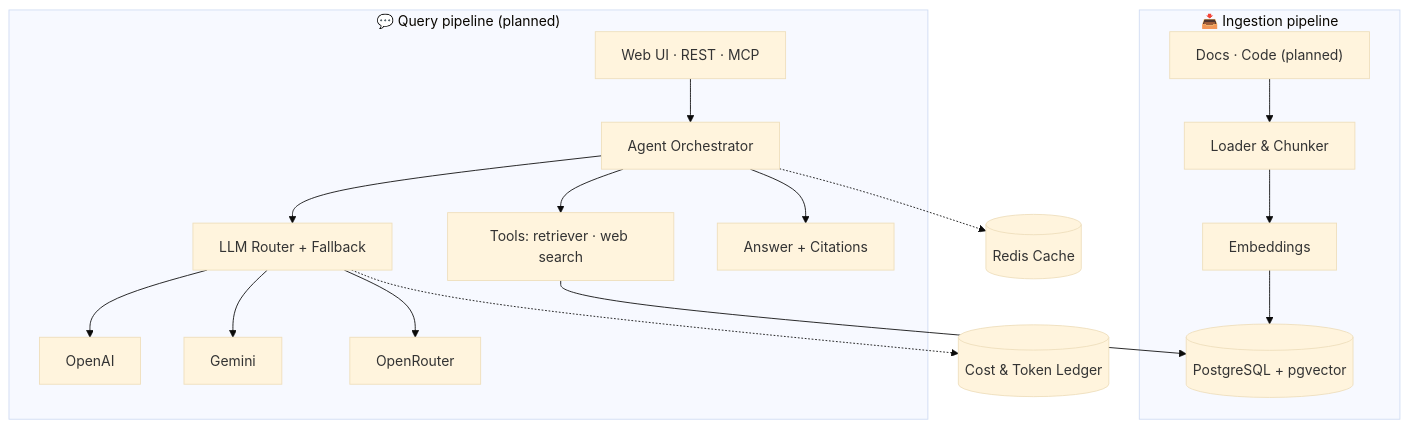
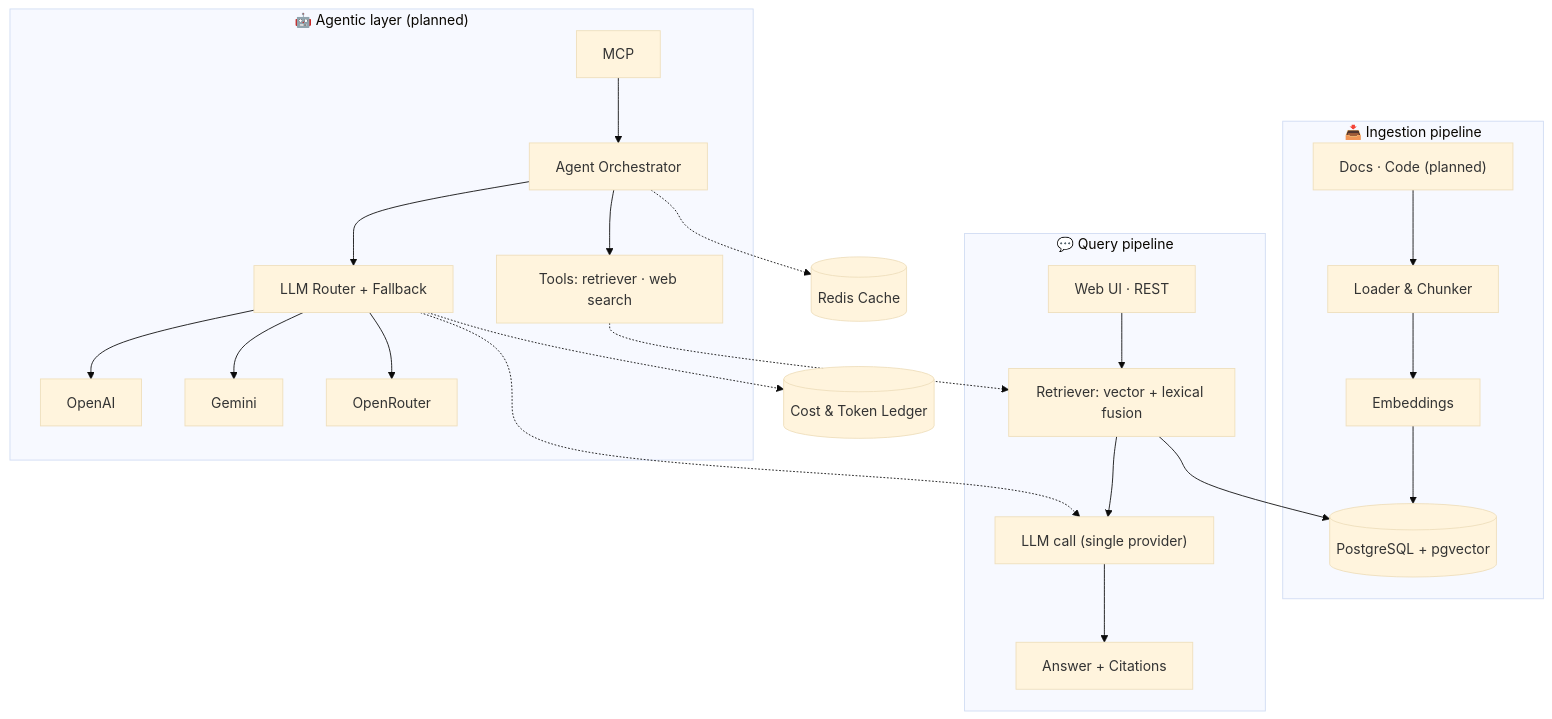
The diagram in README.md (athosmartinez/docent), drawn with Mermaid (base theme) before and after one commit. The commit also changed other lines of this file, not shown here.

Commit message:
docs: stop calling shipped M2 behaviour a target design
The README's banner and architecture section still described grounded,
cited answers as future work after M2 shipped them — the same honesty
rule that forbids documenting unbuilt behaviour as done also forbids
the reverse. Splits the query pipeline diagram into what POST /ask
does today versus the still-planned agentic layer (MCP, orchestrator,
multi-provider router, cost ledger, cache), and rewrites the banner
and the prose beneath the diagram to match.

Claude-Session: https://claude.ai/code/session_011FzXB3AsT5LEFnCygRRASb

````diff
--- a/README.md
+++ b/README.md
@@ -47,22 +47,29 @@
 ```mermaid
 flowchart TB
   subgraph Ingestion["📥 Ingestion pipeline"]
     SRC["Docs · Code (planned)"] --> CHUNK["Loader & Chunker"]
     CHUNK --> EMB["Embeddings"]
     EMB --> VEC[("PostgreSQL + pgvector")]
   end
 
-  subgraph Query["💬 Query pipeline (planned)"]
-    CL["Web UI · REST · MCP"] --> AGENT["Agent Orchestrator"]
+  subgraph Query["💬 Query pipeline"]
+    CL["Web UI · REST"] --> RET["Retriever: vector + lexical fusion"]
+    RET --> VEC
+    RET --> LLM["LLM call (single provider)"]
+    LLM --> ANS["Answer + Citations"]
+  end
+
+  subgraph Agentic["🤖 Agentic layer (planned)"]
+    MCP["MCP"] --> AGENT["Agent Orchestrator"]
     AGENT --> TOOLS["Tools: retriever · web search"]
-    TOOLS --> VEC
     AGENT --> ROUTER["LLM Router + Fallback"]
     ROUTER --> P1["OpenAI"]
     ROUTER --> P2["Gemini"]
     ROUTER --> P3["OpenRouter"]
-    AGENT --> ANS["Answer + Citations"]
   end
 
+  TOOLS -.-> RET
+  ROUTER -.-> LLM
   ROUTER -.-> COST[("Cost & Token Ledger")]
   AGENT -.-> CACHE[("Redis Cache")]
 ```
````
